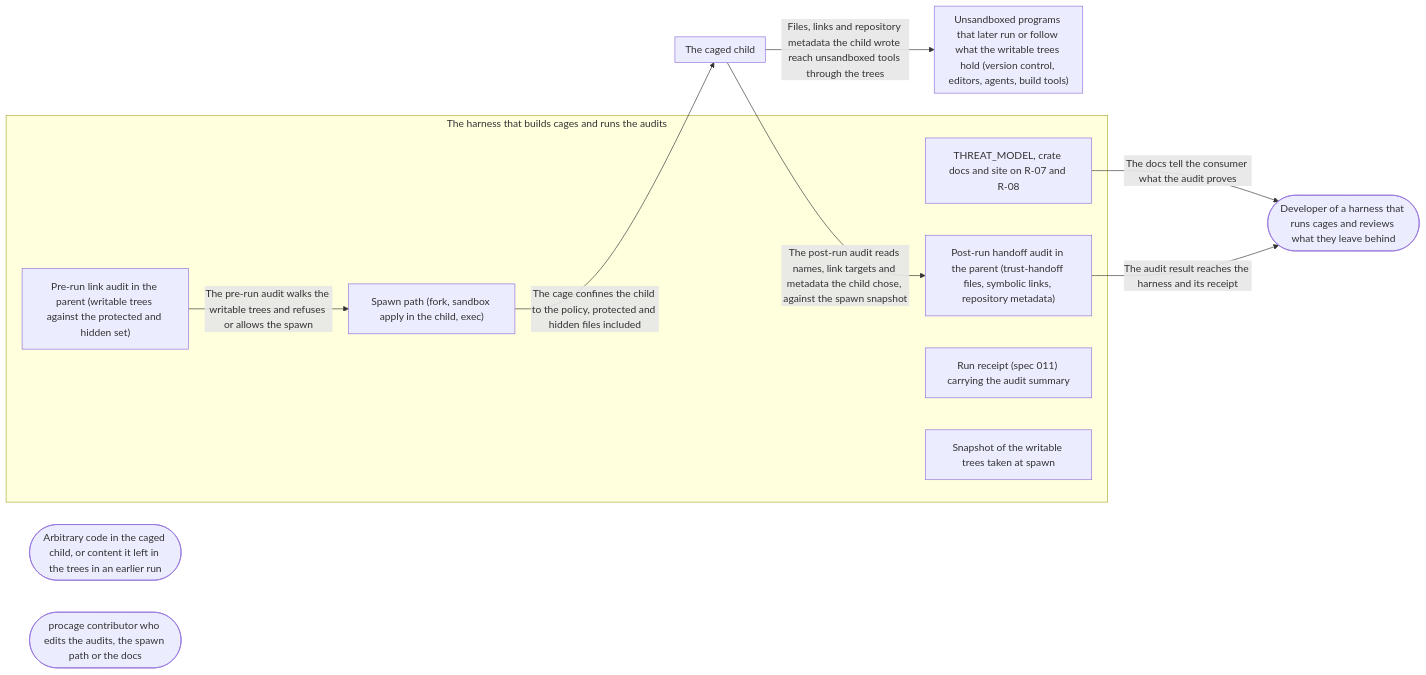
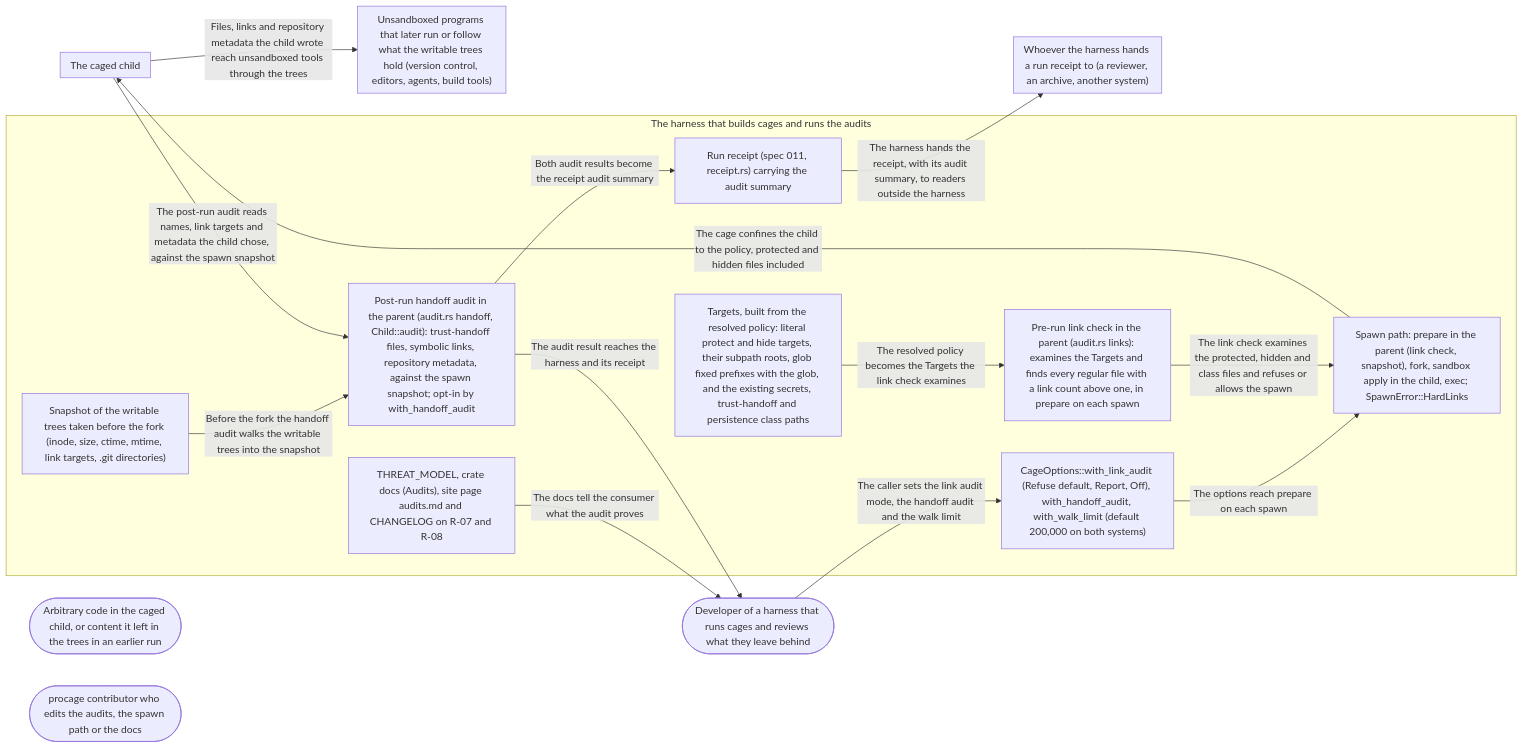
Before and after one commit to hupe1980/procage: the diagram in specs/023-tree-audit/threat-model.md, drawn with Mermaid. The commit also changed other lines of this file and 30 other files, not shown here.

````diff
--- a/specs/023-tree-audit/threat-model.md
+++ b/specs/023-tree-audit/threat-model.md
@@ -66,24 +70,34 @@
 ```mermaid
 flowchart LR
     actor_caged_code(["Arbitrary code in the caged child, or content it left in the trees in an earlier run"])
     actor_consumer(["Developer of a harness that runs cages and reviews what they leave behind"])
     actor_contributor(["procage contributor who edits the audits, the spawn path or the docs"])
     subgraph tz_cage["The caged child"]
     end
     subgraph tz_harness["The harness that builds cages and runs the audits"]
-        component_docs["THREAT_MODEL, crate docs and site on R-07 and R-08"]
-        component_postrun["Post-run handoff audit in the parent (trust-handoff files, symbolic links, repository metadata)"]
-        component_prerun["Pre-run link audit in the parent (writable trees against the protected and hidden set)"]
-        component_receipt["Run receipt (spec 011) carrying the audit summary"]
-        component_snapshot["Snapshot of the writable trees taken at spawn"]
-        component_spawn["Spawn path (fork, sandbox apply in the child, exec)"]
+        component_docs["THREAT_MODEL, crate docs (Audits), site page audits.md and CHANGELOG on R-07 and R-08"]
+        component_options["CageOptions::with_link_audit (Refuse default, Report, Off), with_handoff_audit, with_walk_limit (default 200,000 on both systems)"]
+        component_postrun["Post-run handoff audit in the parent (audit.rs handoff, Child::audit): trust-handoff files, symbolic links, repository metadata, against the spawn snapshot; opt-in by with_handoff_audit"]
+        component_prerun["Pre-run link check in the parent (audit.rs links): examines the Targets and finds every regular file with a link count above one, in prepare on each spawn"]
+        component_receipt["Run receipt (spec 011, receipt.rs) carrying the audit summary"]
+        component_snapshot["Snapshot of the writable trees taken before the fork (inode, size, ctime, mtime, link targets, .git directories)"]
+        component_spawn["Spawn path: prepare in the parent (link check, snapshot), fork, sandbox apply in the child, exec; SpawnError::HardLinks"]
+        component_targets["Targets, built from the resolved policy: literal protect and hide targets, their subpath roots, glob fixed prefixes with the glob, and the existing secrets, trust-handoff and persistence class paths"]
     end
     subgraph tz_host_tools["Unsandboxed programs that later run or follow what the writable trees hold (version control, editors, agents, build tools)"]
     end
+    subgraph tz_receipt_readers["Whoever the harness hands a run receipt to (a reviewer, an archive, another system)"]
+    end
+    component_postrun -->|"Both audit results become the receipt audit summary"| component_receipt
     component_docs -->|"The docs tell the consumer what the audit proves"| actor_consumer
     component_spawn -->|"The cage confines the child to the policy, protected and hidden files included"| tz_cage
     component_postrun -->|"The audit result reaches the harness and its receipt"| actor_consumer
     tz_cage -->|"Files, links and repository metadata the child wrote reach unsandboxed tools through the trees"| tz_host_tools
-    component_prerun -->|"The pre-run audit walks the writable trees and refuses or allows the spawn"| component_spawn
+    actor_consumer -->|"The caller sets the link audit mode, the handoff audit and the walk limit"| component_options
+    component_options -->|"The options reach prepare on each spawn"| component_spawn
+    component_prerun -->|"The link check examines the protected, hidden and class files and refuses or allows the spawn"| component_spawn
+    component_receipt -->|"The harness hands the receipt, with its audit summary, to readers outside the harness"| tz_receipt_readers
+    component_snapshot -->|"Before the fork the handoff audit walks the writable trees into the snapshot"| component_postrun
+    component_targets -->|"The resolved policy becomes the Targets the link check examines"| component_prerun
     tz_cage -->|"The post-run audit reads names, link targets and metadata the child chose, against the spawn snapshot"| component_postrun
 ```
````
